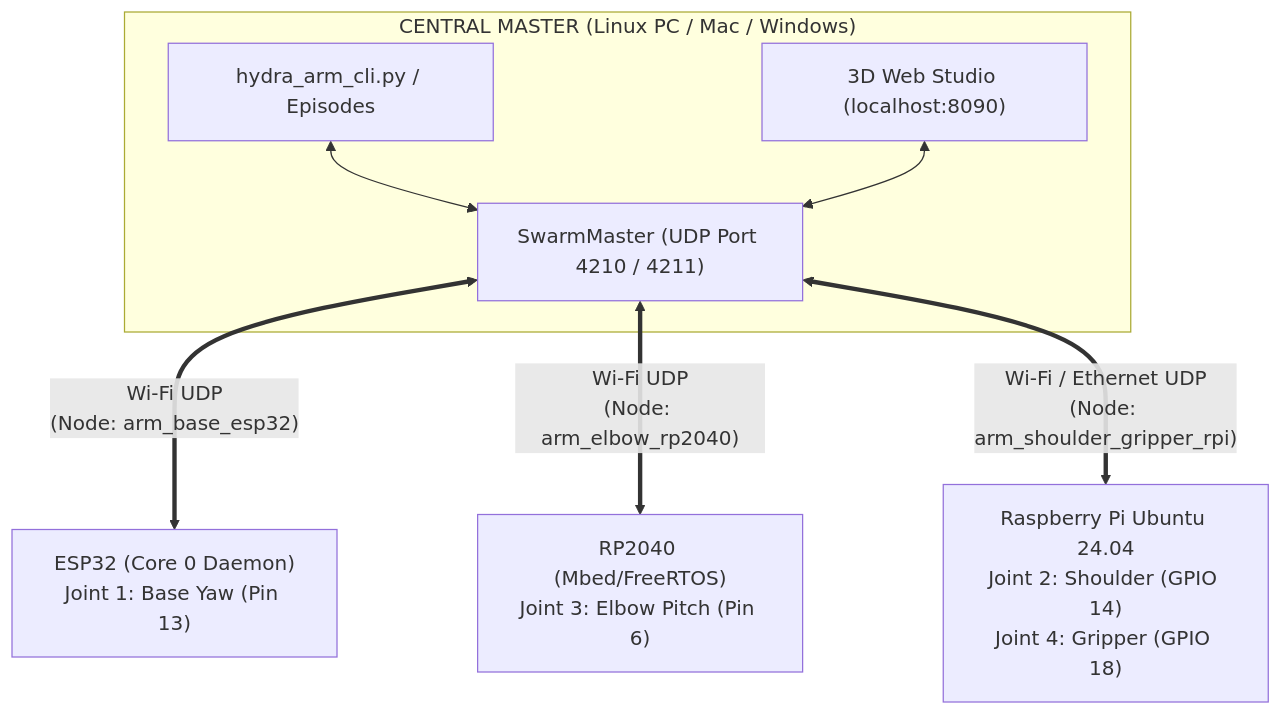
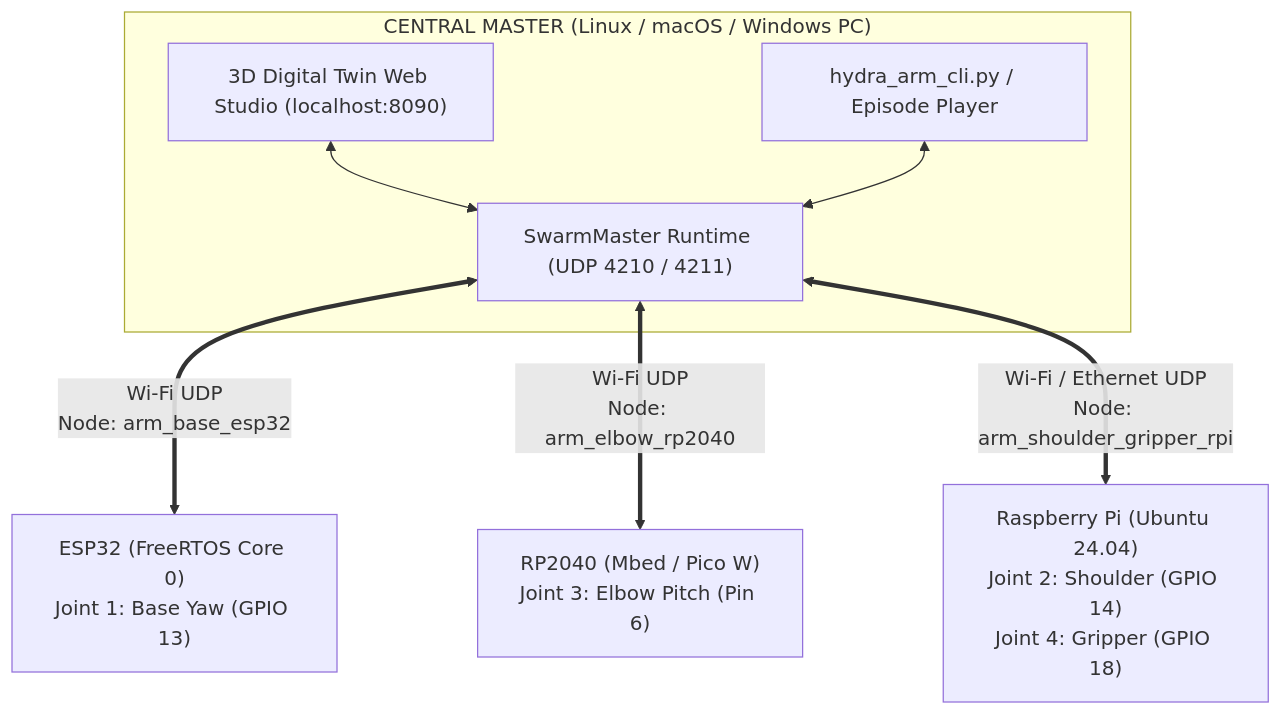
One commit to raihhann/HydraArm changed the diagram in README.md. Above: the diagram before and after it, drawn with Mermaid. The commit also changed other lines of this file and 2 other files, not shown here.

````diff
--- a/README.md
+++ b/README.md
@@ -33,14 +46,14 @@
 ```mermaid
 flowchart TB
-    subgraph Master["CENTRAL MASTER (Linux PC / Mac / Windows)"]
-        CLI["hydra_arm_cli.py / Episodes"]
-        Studio["3D Web Studio (localhost:8090)"]
-        SM["SwarmMaster (UDP Port 4210 / 4211)"]
+    subgraph Master["CENTRAL MASTER (Linux / macOS / Windows PC)"]
+        Studio["3D Digital Twin Web Studio (localhost:8090)"]
+        CLI["hydra_arm_cli.py / Episode Player"]
+        SM["SwarmMaster Runtime (UDP 4210 / 4211)"]
+        Studio <--> SM
         CLI <--> SM
-        Studio <--> SM
     end
 
-    SM <==>|"Wi-Fi UDP\n(Node: arm_base_esp32)"| S1["ESP32 (Core 0 Daemon)\nJoint 1: Base Yaw (Pin 13)"]
-    SM <==>|"Wi-Fi UDP\n(Node: arm_elbow_rp2040)"| S2["RP2040 (Mbed/FreeRTOS)\nJoint 3: Elbow Pitch (Pin 6)"]
-    SM <==>|"Wi-Fi / Ethernet UDP\n(Node: arm_shoulder_gripper_rpi)"| S3["Raspberry Pi Ubuntu 24.04\nJoint 2: Shoulder (GPIO 14)\nJoint 4: Gripper (GPIO 18)"]
+    SM <==>|"Wi-Fi UDP\nNode: arm_base_esp32"| S1["ESP32 (FreeRTOS Core 0)\nJoint 1: Base Yaw (GPIO 13)"]
+    SM <==>|"Wi-Fi UDP\nNode: arm_elbow_rp2040"| S2["RP2040 (Mbed / Pico W)\nJoint 3: Elbow Pitch (Pin 6)"]
+    SM <==>|"Wi-Fi / Ethernet UDP\nNode: arm_shoulder_gripper_rpi"| S3["Raspberry Pi (Ubuntu 24.04)\nJoint 2: Shoulder (GPIO 14)\nJoint 4: Gripper (GPIO 18)"]
 ```
````
